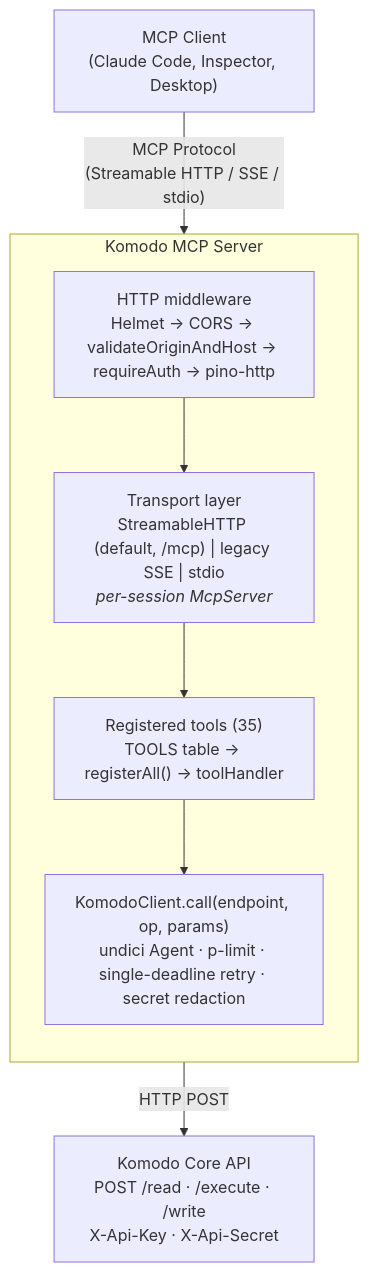
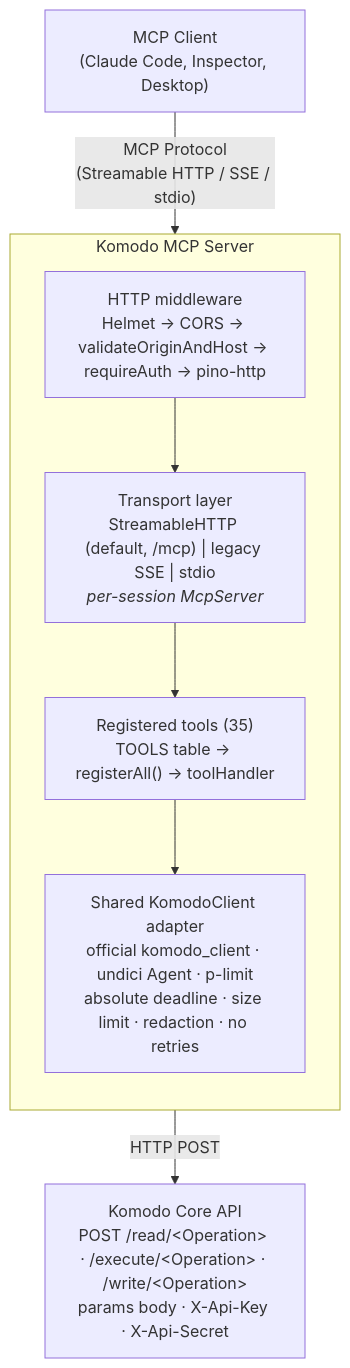
One commit to nicolasestrem/komodo-mcp changed the first of 2 diagrams in docs/ARCHITECTURE.md. Above: the diagram before and after it, drawn with Mermaid. The commit also changed other lines of this file and 30 other files, not shown here.

First line of the commit message:
Replace custom Komodo client and harden current API contracts (#57)

````diff
--- a/docs/ARCHITECTURE.md
+++ b/docs/ARCHITECTURE.md
@@ -7,18 +7,18 @@
 ```mermaid
 flowchart TB
     Client["MCP Client<br/>(Claude Code, Inspector, Desktop)"]
 
     subgraph Server["Komodo MCP Server"]
         direction TB
         MW["HTTP middleware<br/>Helmet → CORS → validateOriginAndHost → requireAuth → pino-http"]
         Transport["Transport layer<br/>StreamableHTTP (default, /mcp) | legacy SSE | stdio<br/><i>per-session McpServer</i>"]
         Tools["Registered tools (35)<br/>TOOLS table → registerAll() → toolHandler"]
-        ClientLib["KomodoClient.call(endpoint, op, params)<br/>undici Agent · p-limit · single-deadline retry · secret redaction"]
+        ClientLib["Shared KomodoClient adapter<br/>official komodo_client · undici Agent · p-limit<br/>absolute deadline · size limit · redaction · no retries"]
         MW --> Transport --> Tools --> ClientLib
     end
 
-    Komodo["Komodo Core API<br/>POST /read · /execute · /write<br/>X-Api-Key · X-Api-Secret"]
+    Komodo["Komodo Core API<br/>POST /read/&lt;Operation&gt; · /execute/&lt;Operation&gt; · /write/&lt;Operation&gt;<br/>params body · X-Api-Key · X-Api-Secret"]
 
     Client -- "MCP Protocol<br/>(Streamable HTTP / SSE / stdio)" --> MW
     ClientLib -- HTTP POST --> Komodo
 ```
````
